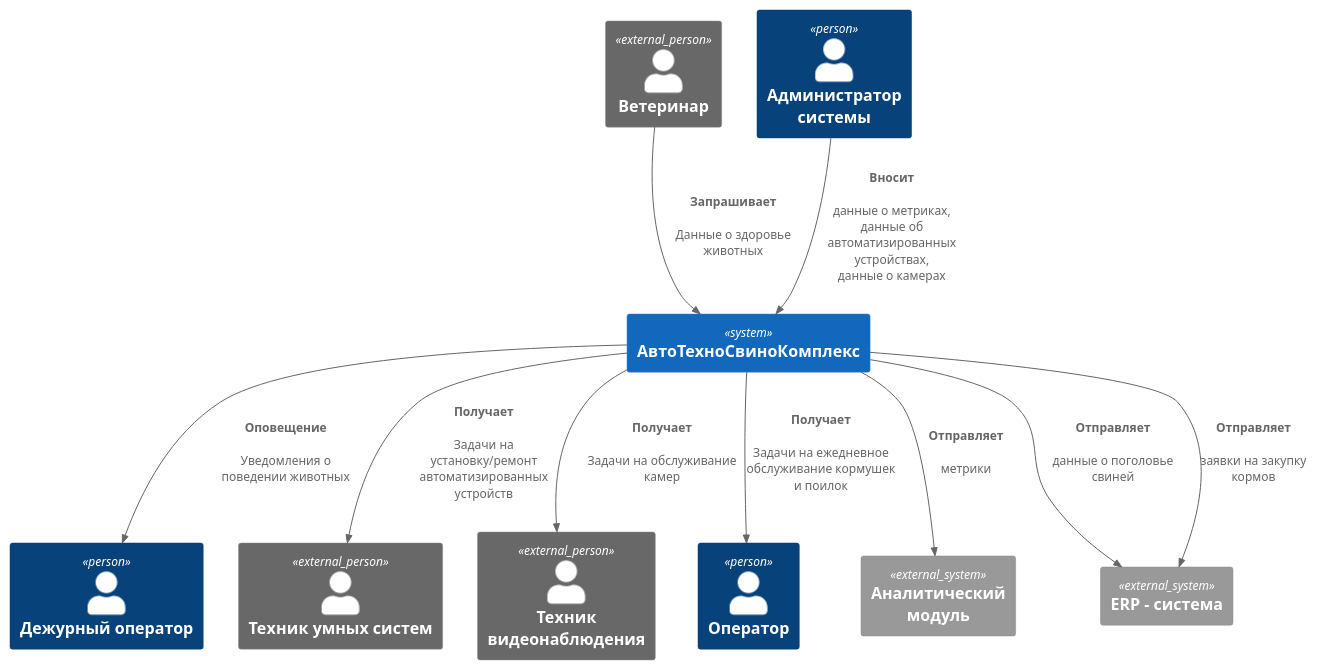
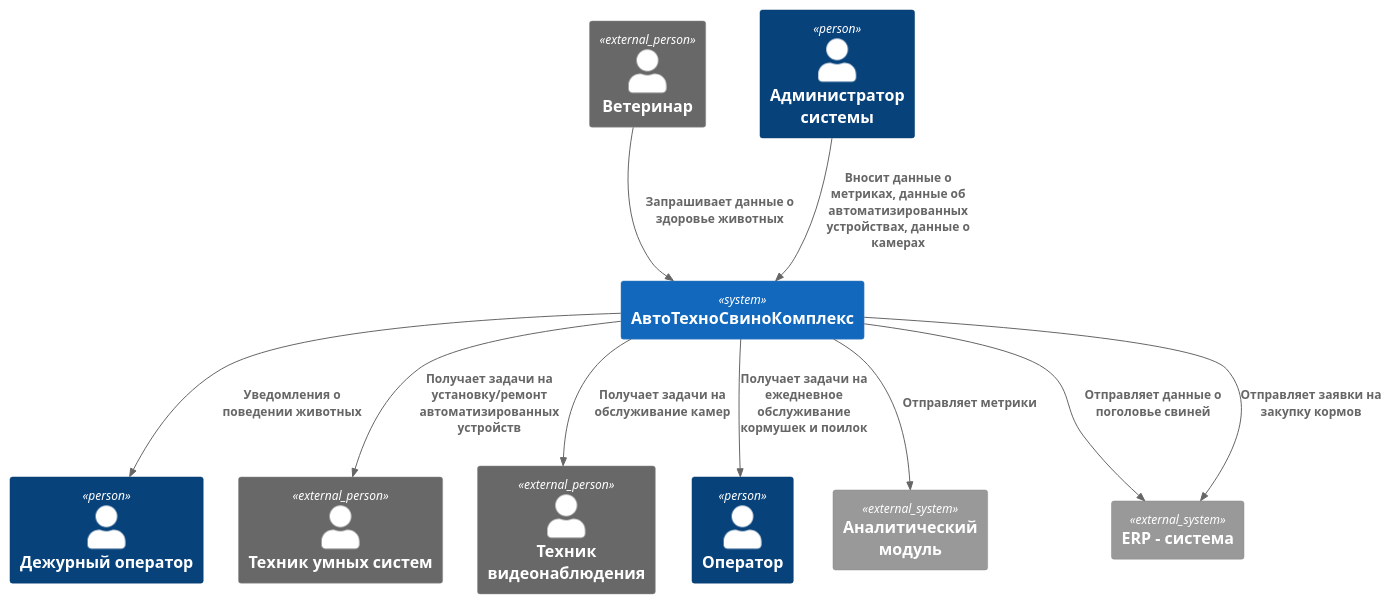
The diagram in Task1/ATCK_C4_Context_alternative.puml (mirray/MSA-AgroTech), drawn with PlantUML before and after one commit. The commit also changed 1 other file, not shown here.

```diff
--- a/Task1/ATCK_C4_Context_alternative.puml
+++ b/Task1/ATCK_C4_Context_alternative.puml
@@ -1,25 +1,25 @@
 @startuml Архитектура_АвтоТехноСвиноКомплекс_v1_Альтернативное_Решение
 !include <C4/C4_Context>
 
 ' === Участники ===
 Person(duty_operator, "Дежурный оператор")
 Person_Ext(technican, "Техник умных систем")
 Person_Ext(cv_technican, "Техник видеонаблюдения")
 Person(operator, "Оператор")
 Person_Ext(vet, "Ветеринар")
 Person(admin, "Администратор системы")
 
 System_Ext(analytic, "Аналитический модуль")
 System_Ext(erp, "ERP - система")
 System(atck, "АвтоТехноСвиноКомплекс")
 
-Rel(atck, duty_operator, "Оповещение","","Уведомления о поведении животных")
-Rel(atck, operator, "Получает", "" ,"Задачи на ежедневное обслуживание кормушек и поилок")
-Rel(vet, atck, "Запрашивает", "", "Данные о здоровье животных")
-Rel(atck, analytic, "Отправляет", "", "метрики")
-Rel(atck, erp, "Отправляет", "", "данные о поголовье свиней")
-Rel(atck, erp, "Отправляет", "", "заявки на закупку кормов")
-Rel(admin, atck, "Вносит", "", "данные о метриках, данные об автоматизированных устройствах, данные о камерах")
-Rel(atck, cv_technican, "Получает", "" ,"Задачи на обслуживание камер")
-Rel(atck, technican, "Получает", "" ,"Задачи на установку/ремонт автоматизированных устройств")
+Rel(atck, duty_operator, "Уведомления о поведении животных")
+Rel(atck, operator, "Получает задачи на ежедневное обслуживание кормушек и поилок")
+Rel(vet, atck, "Запрашивает данные о здоровье животных")
+Rel(atck, analytic, "Отправляет метрики")
+Rel(atck, erp, "Отправляет данные о поголовье свиней")
+Rel(atck, erp, "Отправляет заявки на закупку кормов")
+Rel(admin, atck, "Вносит данные о метриках, данные об автоматизированных устройствах, данные о камерах")
+Rel(atck, cv_technican, "Получает задачи на обслуживание камер")
+Rel(atck, technican, "Получает задачи на установку/ремонт автоматизированных устройств")
 @enduml
```
